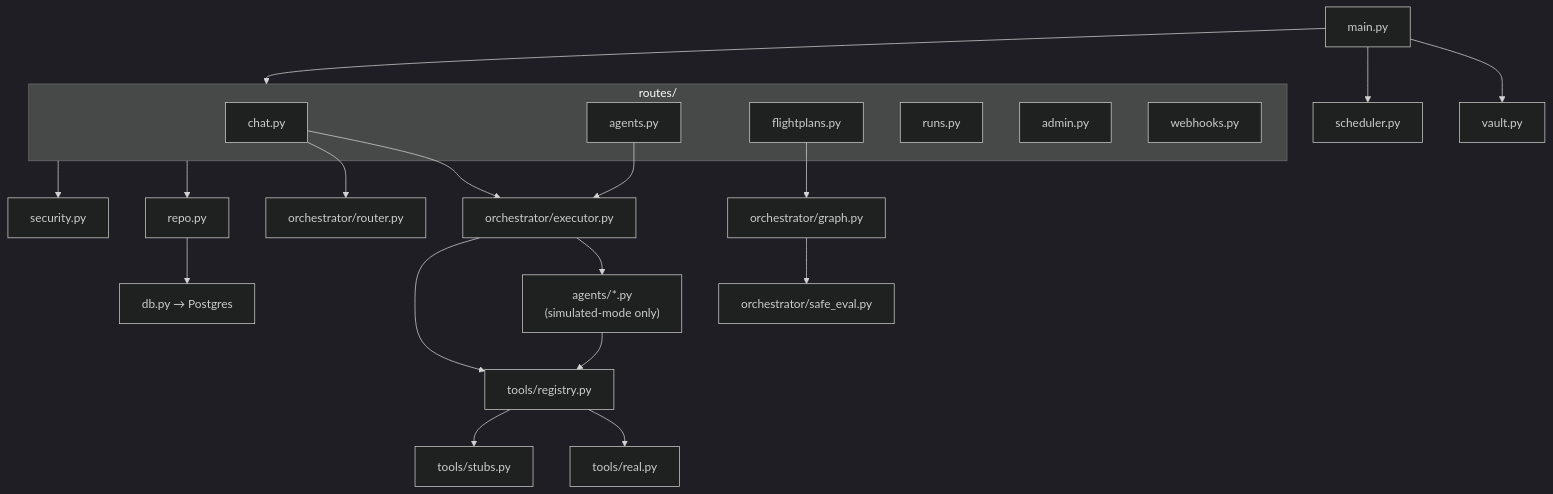
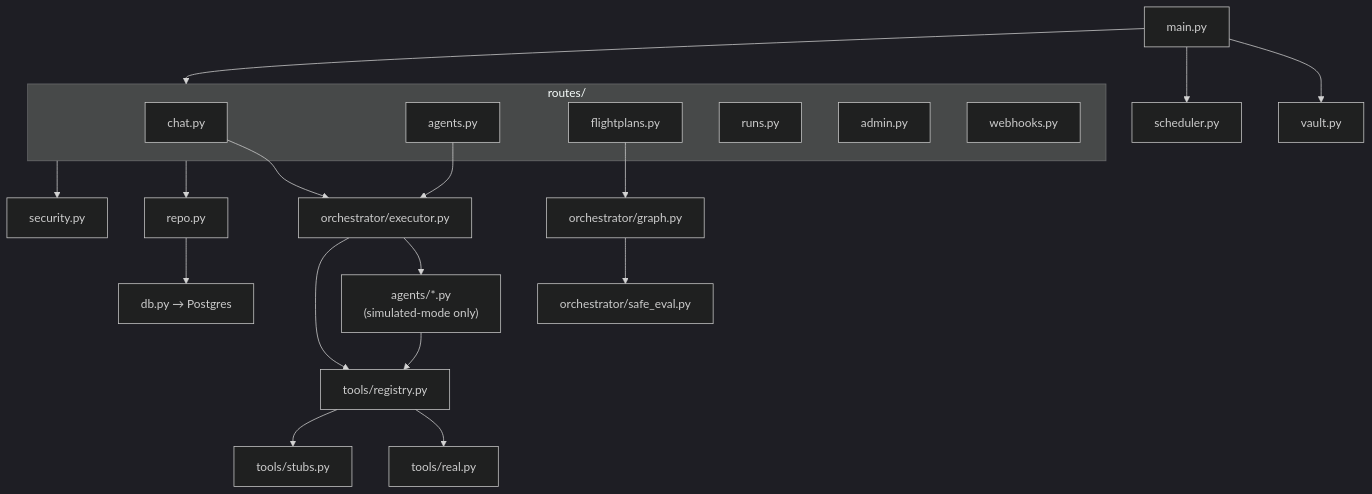
One commit to rupeshofficedata/OpsSquad changed the diagram in docs/guide/05-runtime.md. Above: the diagram before and after it, drawn with Mermaid (dark theme). The commit also changed other lines of this file and 6 other files, not shown here.

````diff
--- a/docs/guide/05-runtime.md
+++ b/docs/guide/05-runtime.md
@@ -8,27 +8,26 @@
 ```mermaid
 flowchart TD
     Main[main.py] --> Routes
     subgraph Routes[routes/]
         Chat[chat.py]
         Agents[agents.py]
         FP[flightplans.py]
         Runs[runs.py]
         Admin[admin.py]
         WH[webhooks.py]
     end
     Chat --> Exec[orchestrator/executor.py]
     Agents --> Exec
     FP --> Graph[orchestrator/graph.py]
-    Chat --> Router[orchestrator/router.py]
     Graph --> SafeEval[orchestrator/safe_eval.py]
     Exec --> AgentMods["agents/*.py<br/>(simulated-mode only)"]
     Exec --> ToolReg[tools/registry.py]
     AgentMods --> ToolReg
     ToolReg --> Real[tools/real.py]
     ToolReg --> Stubs[tools/stubs.py]
     Main --> Vault[vault.py]
     Main --> Sched[scheduler.py]
     Routes --> Repo[repo.py]
     Repo --> DB[db.py → Postgres]
     Routes --> Sec[security.py]
 ```
````
